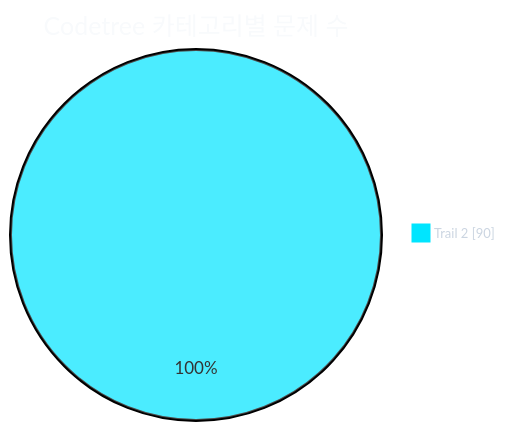
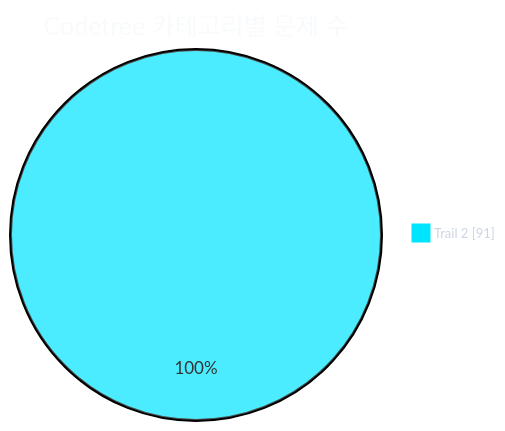
The first of 2 diagrams in readme.md (CHOOSLA/Algorithm), drawn with Mermaid before and after one commit. The commit also changed other lines of this file and 2 other files, not shown here.

````diff
--- a/readme.md
+++ b/readme.md
@@ -31,21 +31,21 @@
 ```mermaid
 ---
 config:
   theme: base
   themeVariables:
     background: '#0d1117'
     pieTitleTextColor: '#f8fafc'
     pieLegendTextColor: '#cbd5e1'
     pieLegendTextSize: '13px'
     pie1: '#00e5ff'
     pie2: '#22c55e'
     pie3: '#f59e0b'
     pie4: '#a855f7'
     pie5: '#ec4899'
     pie6: '#3b82f6'
     pie7: '#64748b'
 ---
 pie showData
   title Codetree 카테고리별 문제 수
-  "Trail 2" : 90
+  "Trail 2" : 91
 ```
````
